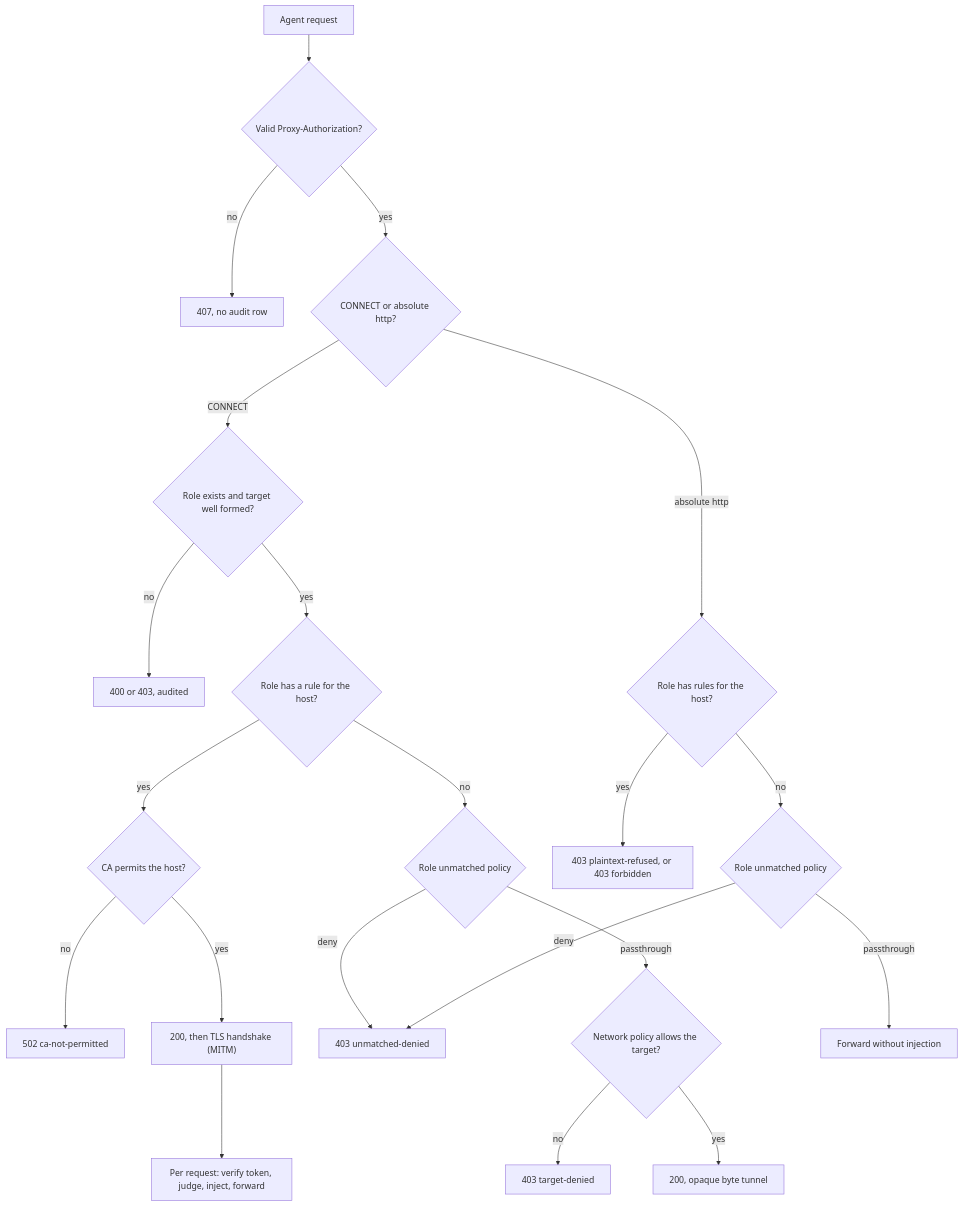
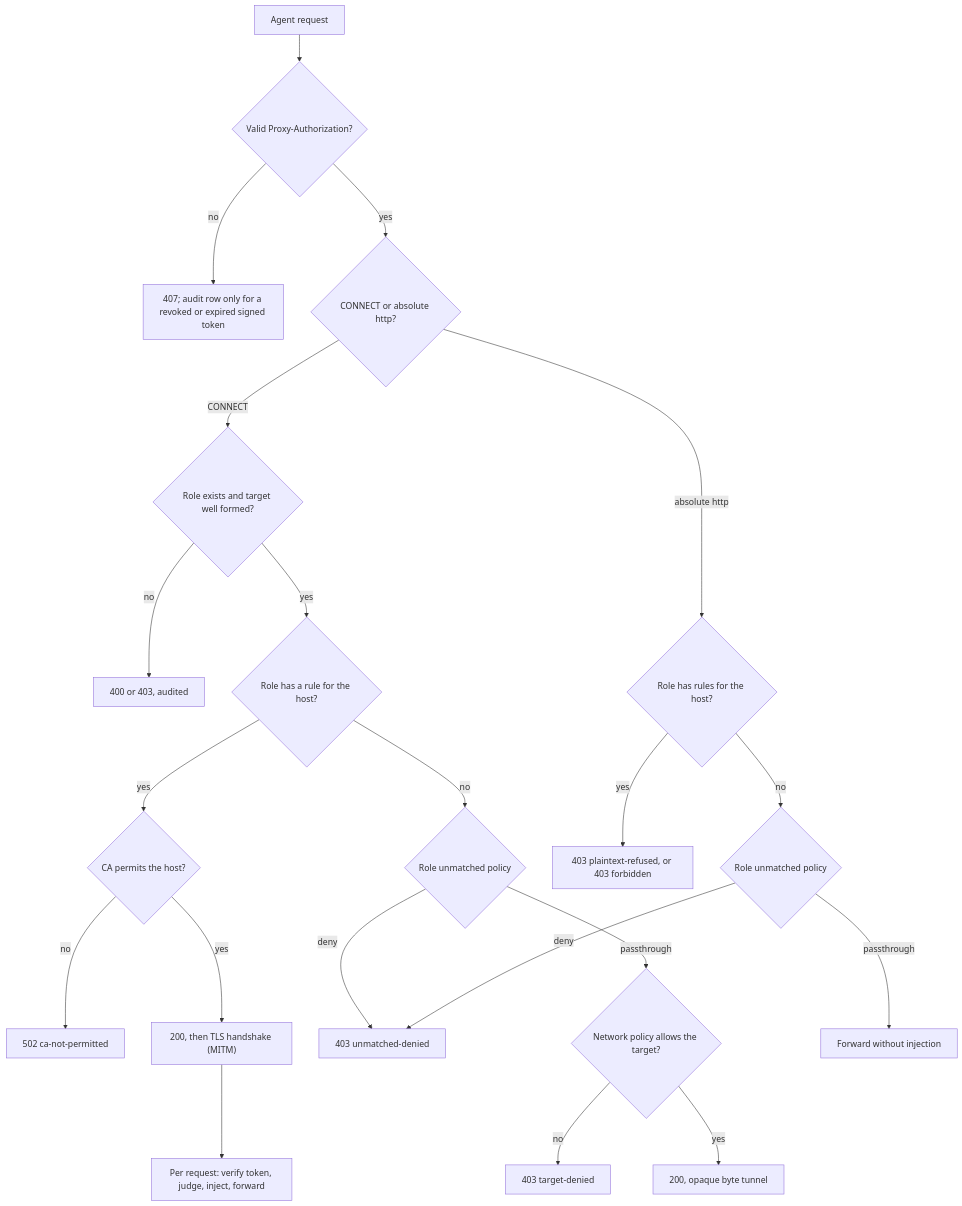
Before and after one commit to javanton/secret-custodian: the diagram in docs/proxy-internals.md, drawn with Mermaid. The commit also changed other lines of this file and 5 other files, not shown here.

Commit message:
docs: document the audit of revoked and expired tokens

````diff
--- a/docs/proxy-internals.md
+++ b/docs/proxy-internals.md
@@ -18,23 +18,23 @@
 ```mermaid
 flowchart TD
     A["Agent request"] --> B{"Valid Proxy-Authorization?"}
-    B -- "no" --> R407["407, no audit row"]
+    B -- "no" --> R407["407; audit row only for a revoked or expired signed token"]
     B -- "yes" --> C{"CONNECT or absolute http?"}
     C -- "CONNECT" --> D{"Role exists and target well formed?"}
     D -- "no" --> R4["400 or 403, audited"]
     D -- "yes" --> E{"Role has a rule for the host?"}
     E -- "yes" --> F{"CA permits the host?"}
     F -- "no" --> R502["502 ca-not-permitted"]
     F -- "yes" --> G["200, then TLS handshake (MITM)"]
     G --> H["Per request: verify token, judge, inject, forward"]
     E -- "no" --> I{"Role unmatched policy"}
     I -- "deny" --> R403["403 unmatched-denied"]
     I -- "passthrough" --> J{"Network policy allows the target?"}
     J -- "no" --> R403b["403 target-denied"]
     J -- "yes" --> K["200, opaque byte tunnel"]
     C -- "absolute http" --> L{"Role has rules for the host?"}
     L -- "yes" --> M["403 plaintext-refused, or 403 forbidden"]
     L -- "no" --> N{"Role unmatched policy"}
     N -- "deny" --> R403
     N -- "passthrough" --> O["Forward without injection"]
 ```
````
